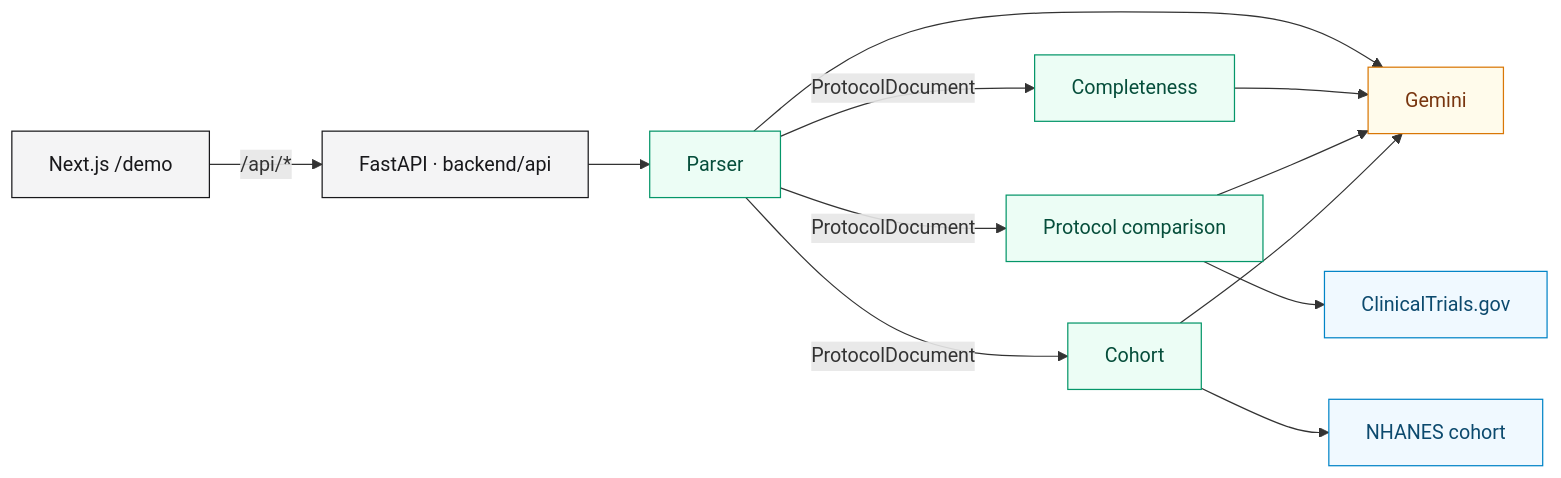
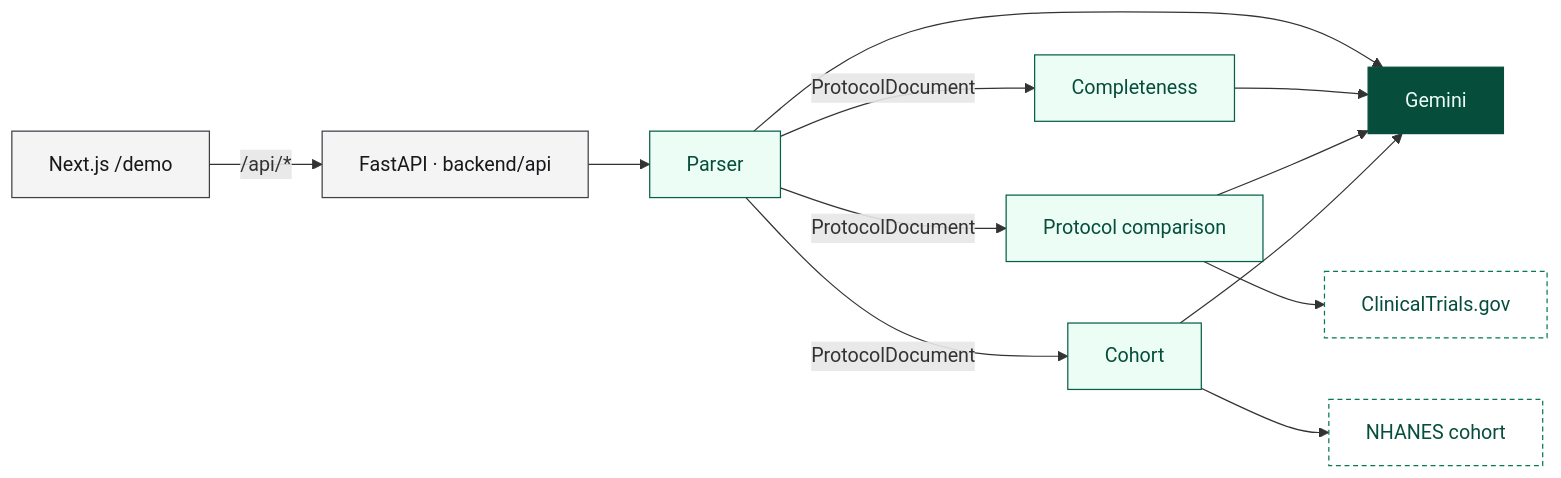
The diagram in README.md (elmerescandon/spanish-ai-agentverse), drawn with Mermaid before and after one commit. The commit also changed other lines of this file and 1 other file, not shown here.

````diff
--- a/README.md
+++ b/README.md
@@ -66,20 +67,20 @@
 ```mermaid
 flowchart LR
     UI["Next.js /demo"] -->|"/api/*"| API["FastAPI · backend/api"]
     API --> P["Parser"]
     P -->|ProtocolDocument| C["Completeness"]
     P -->|ProtocolDocument| PC["Protocol comparison"]
     P -->|ProtocolDocument| CO["Cohort"]
     P & C & PC & CO --> G["Gemini"]
     PC --> CT["ClinicalTrials.gov"]
     CO --> N["NHANES cohort"]
 
-    classDef app fill:#f4f4f5,stroke:#18181b,color:#18181b
-    classDef agent fill:#ecfdf5,stroke:#059669,color:#064e3b
-    classDef llm fill:#fffbeb,stroke:#d97706,color:#78350f
-    classDef data fill:#f0f9ff,stroke:#0284c7,color:#0c4a6e
+    classDef app fill:#f4f4f5,stroke:#3f3f46,color:#18181b
+    classDef agent fill:#ecfdf5,stroke:#065f46,color:#064e3b
+    classDef llm fill:#064e3b,stroke:#064e3b,color:#ecfdf5
+    classDef data fill:#ffffff,stroke:#047857,color:#064e3b,stroke-dasharray:4 3
     class UI,API app
     class P,C,PC,CO agent
     class G llm
     class CT,N data
 ```
````
